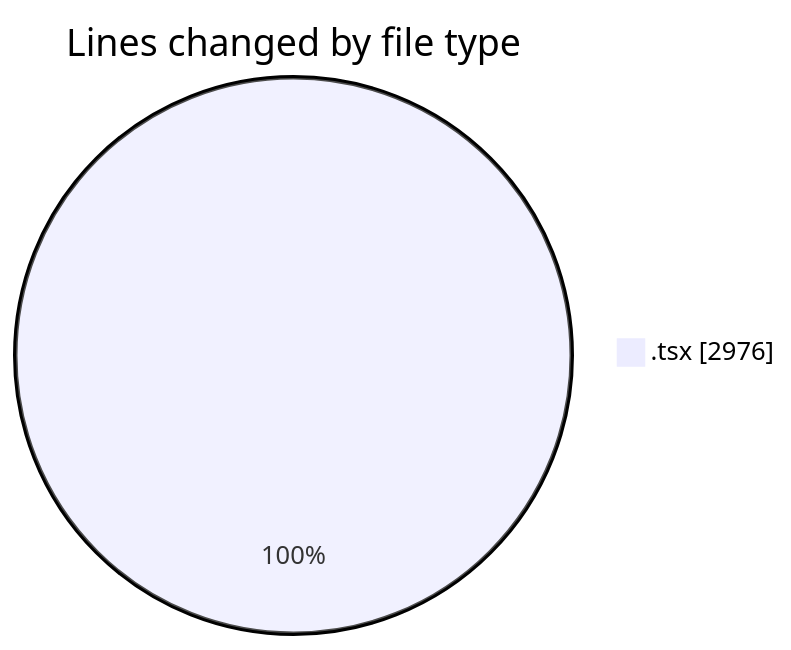
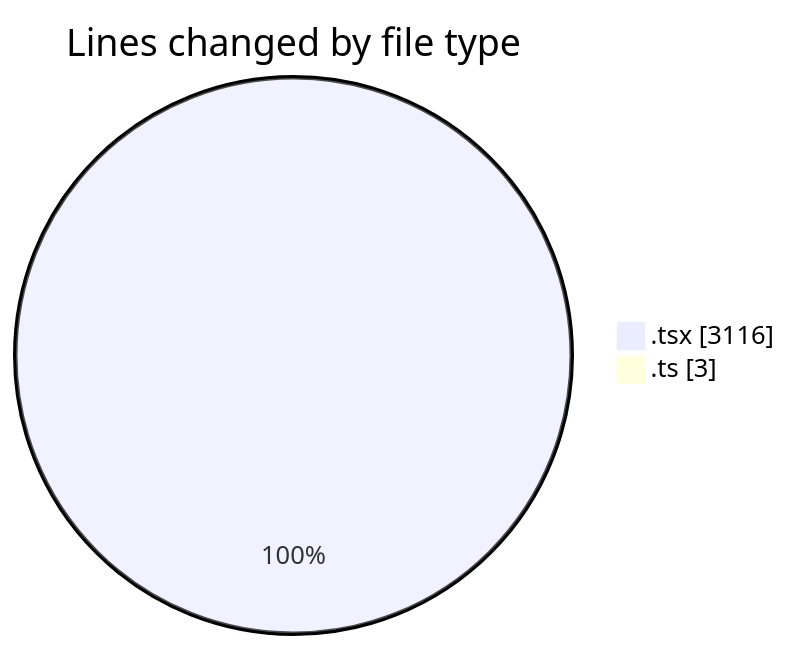
The first of 2 diagrams in 2025-11-17/cda/README.md (momahboobian/code-tracking), drawn with Mermaid before and after one commit. The commit also changed other lines of this file and 1 other file, not shown here.

````diff
--- a/2025-11-17/cda/README.md
+++ b/2025-11-17/cda/README.md
@@ -21,5 +24,6 @@
 ```mermaid
 pie showData
 title Lines changed by file type
-".tsx" : 2976
+".tsx" : 3116
+".ts" : 3
 ```
````
